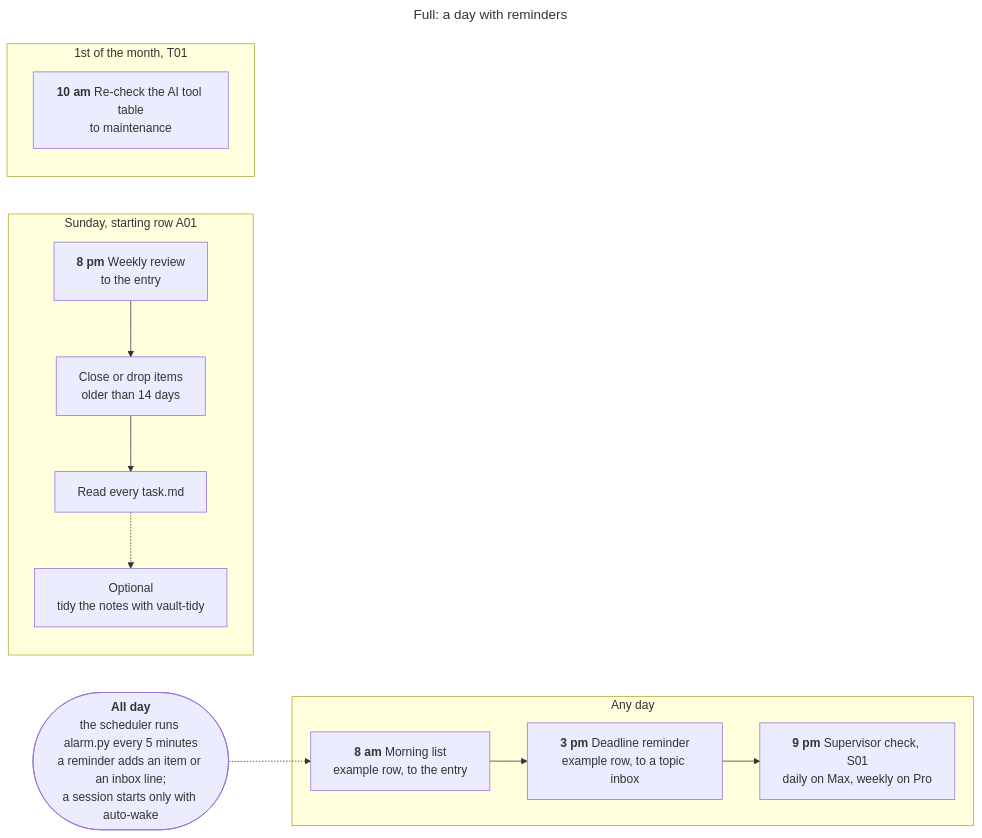
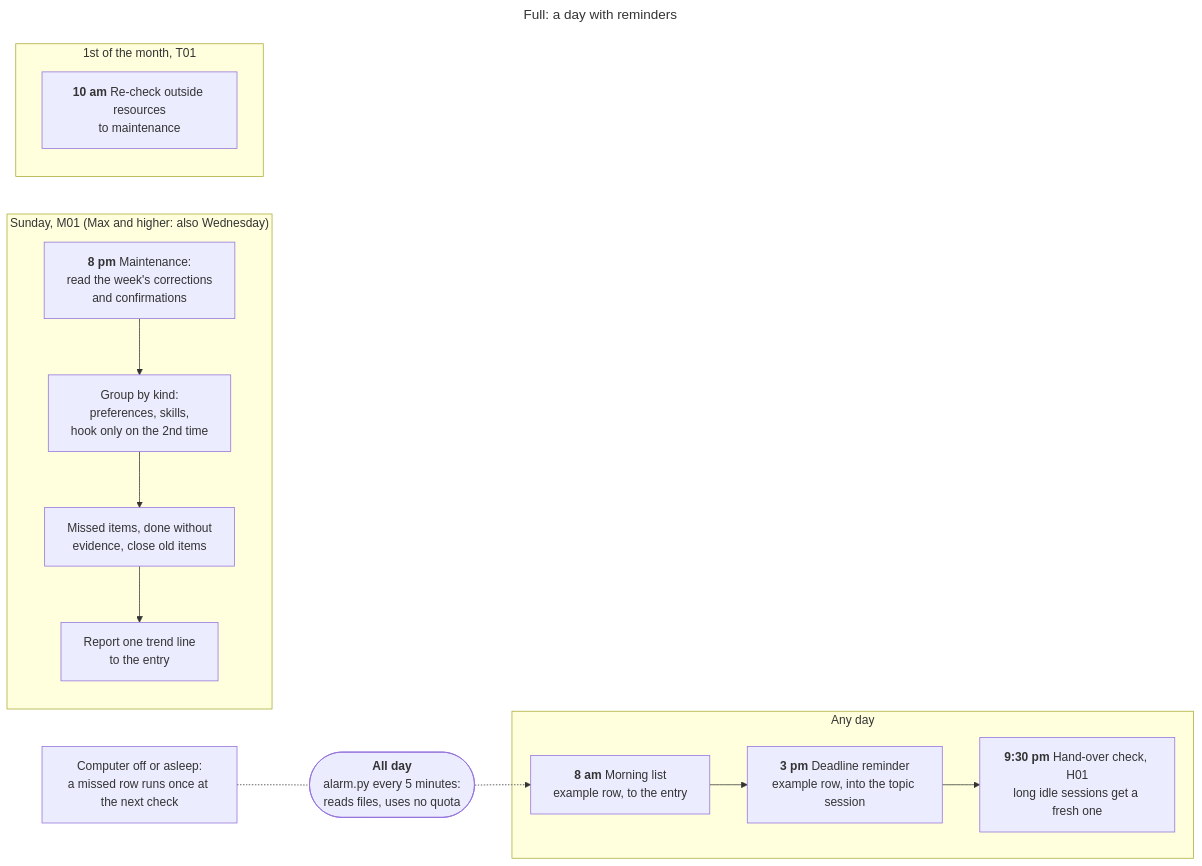
Before and after one commit to 0Smallcat0/second-brain-kit: the fourth of 6 diagrams in docs/ADVANCED.md, drawn with Mermaid. The commit also changed other lines of this file and 61 other files, not shown here.

Commit message:
0.2.5: entry + maintenance only; maintenance learns from corrections and confirmations

````diff
--- a/docs/ADVANCED.md
+++ b/docs/ADVANCED.md
@@ -173,19 +191,19 @@
 ```mermaid
 ---
 title: "Full: a day with reminders"
 ---
 flowchart LR
-  Tick(["<b>All day</b><br/>the scheduler runs alarm.py every 5 minutes<br/>a reminder adds an item or an inbox line;<br/>a session starts only with auto-wake"])
+  Tick(["<b>All day</b><br/>alarm.py every 5 minutes:<br/>reads files, uses no quota"])
   Tick -.-> M
   subgraph Day["Any day"]
-    M["<b>8 am</b> Morning list<br/>example row, to the entry"] --> R["<b>3 pm</b> Deadline reminder<br/>example row, to a topic inbox"]
-    R --> SV["<b>9 pm</b> Supervisor check, S01<br/>daily on Max, weekly on Pro"]
+    M["<b>8 am</b> Morning list<br/>example row, to the entry"] --> R["<b>3 pm</b> Deadline reminder<br/>example row, into the topic session"]
+    R --> H["<b>9:30 pm</b> Hand-over check, H01<br/>long idle sessions get a fresh one"]
   end
-  subgraph Sun["Sunday, starting row A01"]
-    W["<b>8 pm</b> Weekly review<br/>to the entry"] --> W1["Close or drop items<br/>older than 14 days"] --> W2["Read every task.md"]
-    W2 -.-> W3["Optional<br/>tidy the notes with vault-tidy"]
+  subgraph Sun["Sunday, M01 (Max and higher: also Wednesday)"]
+    W["<b>8 pm</b> Maintenance:<br/>read the week's corrections<br/>and confirmations"] --> W1["Group by kind:<br/>preferences, skills,<br/>hook only on the 2nd time"] --> W2["Missed items, done without<br/>evidence, close old items"] --> W3["Report one trend line<br/>to the entry"]
   end
   subgraph Month["1st of the month, T01"]
-    T1["<b>10 am</b> Re-check the AI tool table<br/>to maintenance"]
+    T1["<b>10 am</b> Re-check outside resources<br/>to maintenance"]
   end
+  Off["Computer off or asleep:<br/>a missed row runs once at the next check"] -.- Tick
 ```
````
